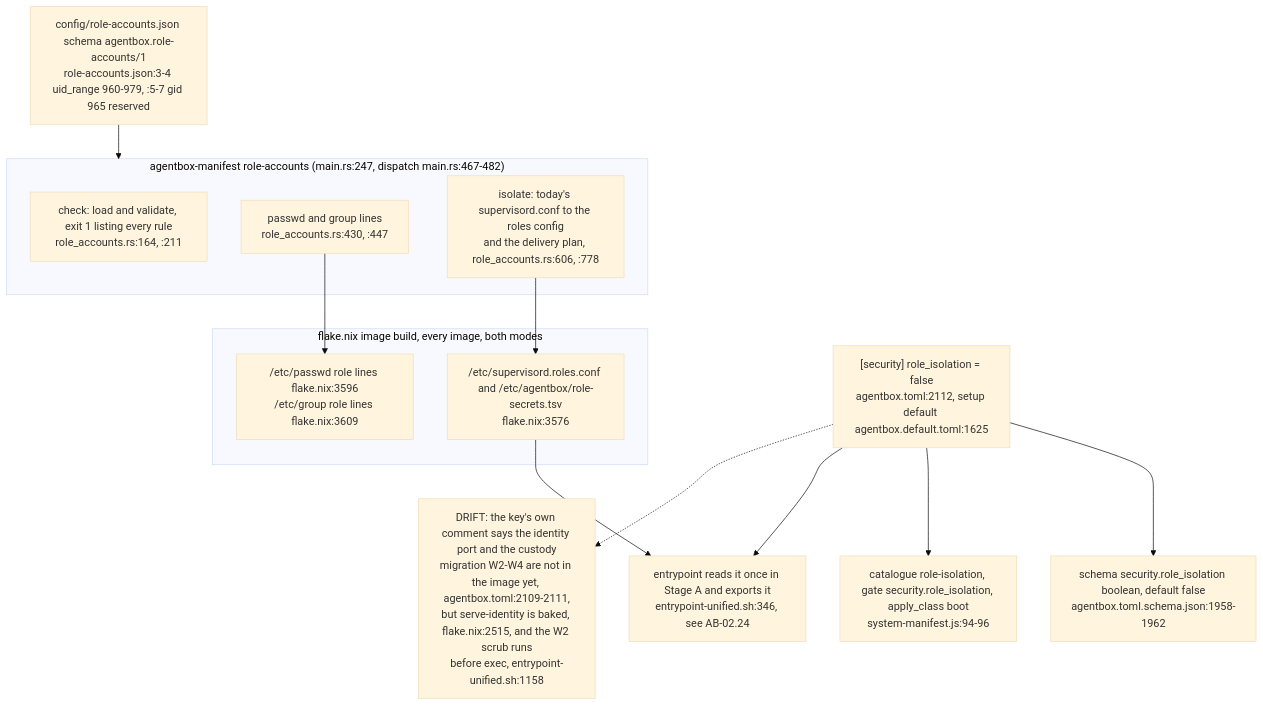
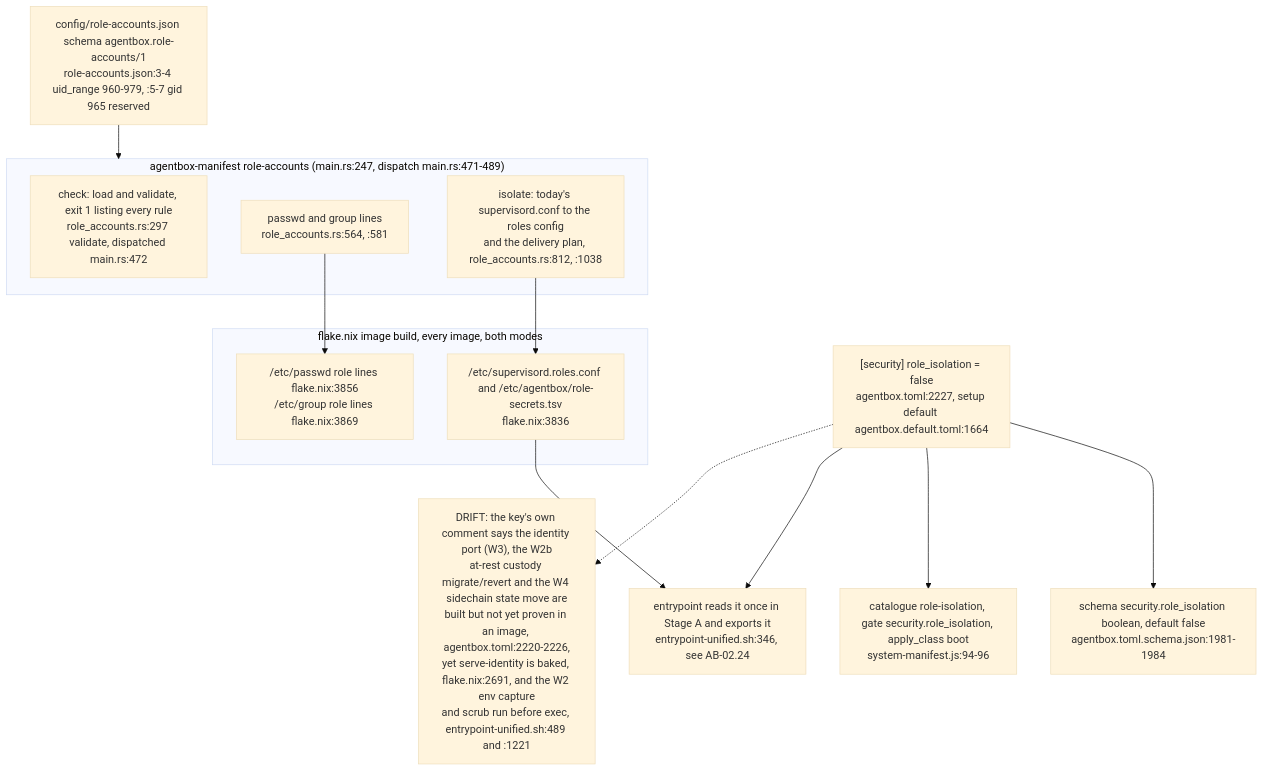
One commit to DreamLab-AI/VisionFlow changed diagram 15 of 15 in docs/diagrams/agentbox/05-manifest-gates-and-cli.md. Above: the diagram before and after it, drawn with Mermaid (base theme). The commit also changed other lines of this file and 111 other files, not shown here.

Commit message:
docs(diagrams): align estate maps with current source

````diff
--- a/docs/diagrams/agentbox/05-manifest-gates-and-cli.md
+++ b/docs/diagrams/agentbox/05-manifest-gates-and-cli.md
@@ -495,25 +500,25 @@
 ```mermaid
 flowchart TB
-    KEY["[security] role_isolation = false<br/>agentbox.toml:2112, setup default agentbox.default.toml:1625"]
-    SCH["schema security.role_isolation boolean, default false<br/>agentbox.toml.schema.json:1958-1962"]
+    KEY["[security] role_isolation = false<br/>agentbox.toml:2227, setup default agentbox.default.toml:1664"]
+    SCH["schema security.role_isolation boolean, default false<br/>agentbox.toml.schema.json:1981-1984"]
     CATE["catalogue role-isolation, gate security.role_isolation, apply_class boot<br/>system-manifest.js:94-96"]
     TBL["config/role-accounts.json schema agentbox.role-accounts/1<br/>role-accounts.json:3-4 uid_range 960-979, :5-7 gid 965 reserved"]
-    subgraph CLI["agentbox-manifest role-accounts (main.rs:247, dispatch main.rs:467-482)"]
-        CHK["check: load and validate, exit 1 listing every rule<br/>role_accounts.rs:164, :211"]
-        PW["passwd and group lines<br/>role_accounts.rs:430, :447"]
-        ISO["isolate: today's supervisord.conf to the roles config<br/>and the delivery plan, role_accounts.rs:606, :778"]
+    subgraph CLI["agentbox-manifest role-accounts (main.rs:247, dispatch main.rs:471-489)"]
+        CHK["check: load and validate, exit 1 listing every rule<br/>role_accounts.rs:297 validate, dispatched main.rs:472"]
+        PW["passwd and group lines<br/>role_accounts.rs:564, :581"]
+        ISO["isolate: today's supervisord.conf to the roles config<br/>and the delivery plan, role_accounts.rs:812, :1038"]
     end
     subgraph BUILD["flake.nix image build, every image, both modes"]
-        B1["/etc/supervisord.roles.conf and /etc/agentbox/role-secrets.tsv<br/>flake.nix:3576"]
-        B2["/etc/passwd role lines flake.nix:3596<br/>/etc/group role lines flake.nix:3609"]
+        B1["/etc/supervisord.roles.conf and /etc/agentbox/role-secrets.tsv<br/>flake.nix:3836"]
+        B2["/etc/passwd role lines flake.nix:3856<br/>/etc/group role lines flake.nix:3869"]
     end
     BOOT["entrypoint reads it once in Stage A and exports it<br/>entrypoint-unified.sh:346, see AB-02.24"]
     KEY --> SCH
     KEY --> CATE
     KEY --> BOOT
     TBL --> CLI
     PW --> B2
     ISO --> B1
     B1 --> BOOT
-    KEY -.-> DRIFT["DRIFT: the key's own comment says the identity port and the custody<br/>migration W2-W4 are not in the image yet, agentbox.toml:2109-2111,<br/>but serve-identity is baked, flake.nix:2515, and the W2 scrub runs<br/>before exec, entrypoint-unified.sh:1158"]
+    KEY -.-> DRIFT["DRIFT: the key's own comment says the identity port (W3), the W2b<br/>at-rest custody migrate/revert and the W4 sidechain state move are<br/>built but not yet proven in an image, agentbox.toml:2220-2226,<br/>yet serve-identity is baked, flake.nix:2691, and the W2 env capture<br/>and scrub run before exec, entrypoint-unified.sh:489 and :1221"]
 ```
````
